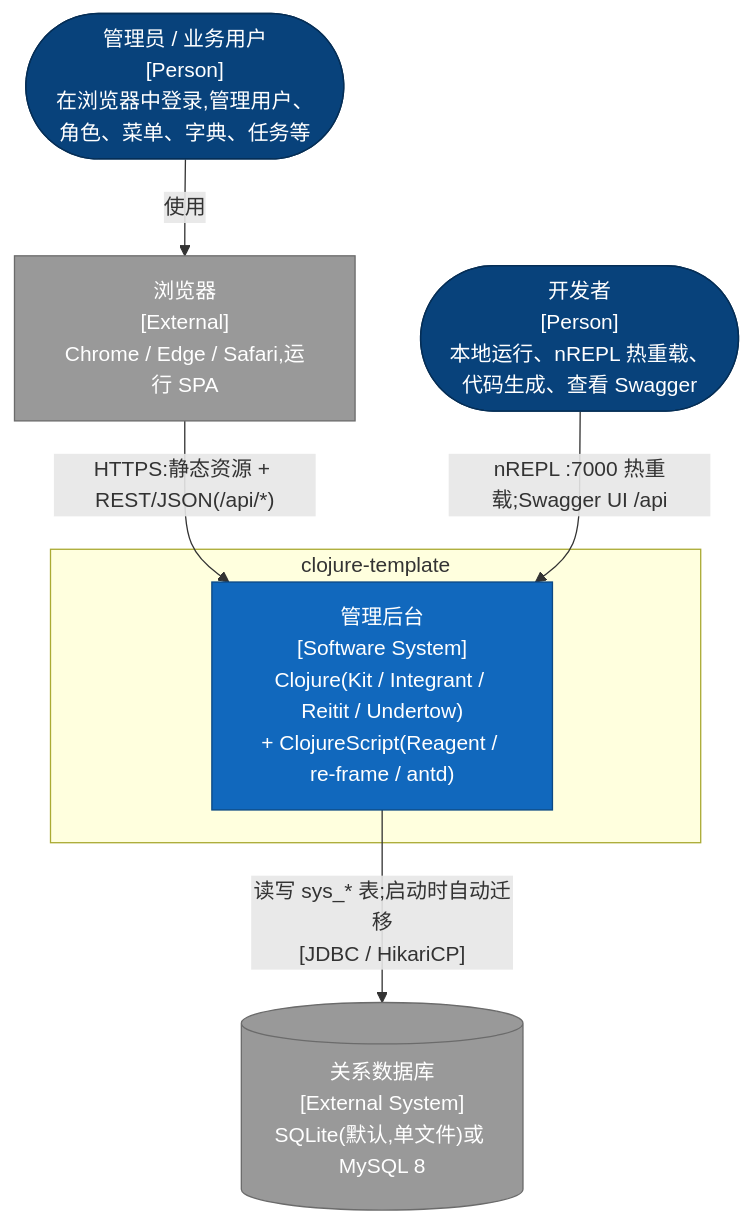
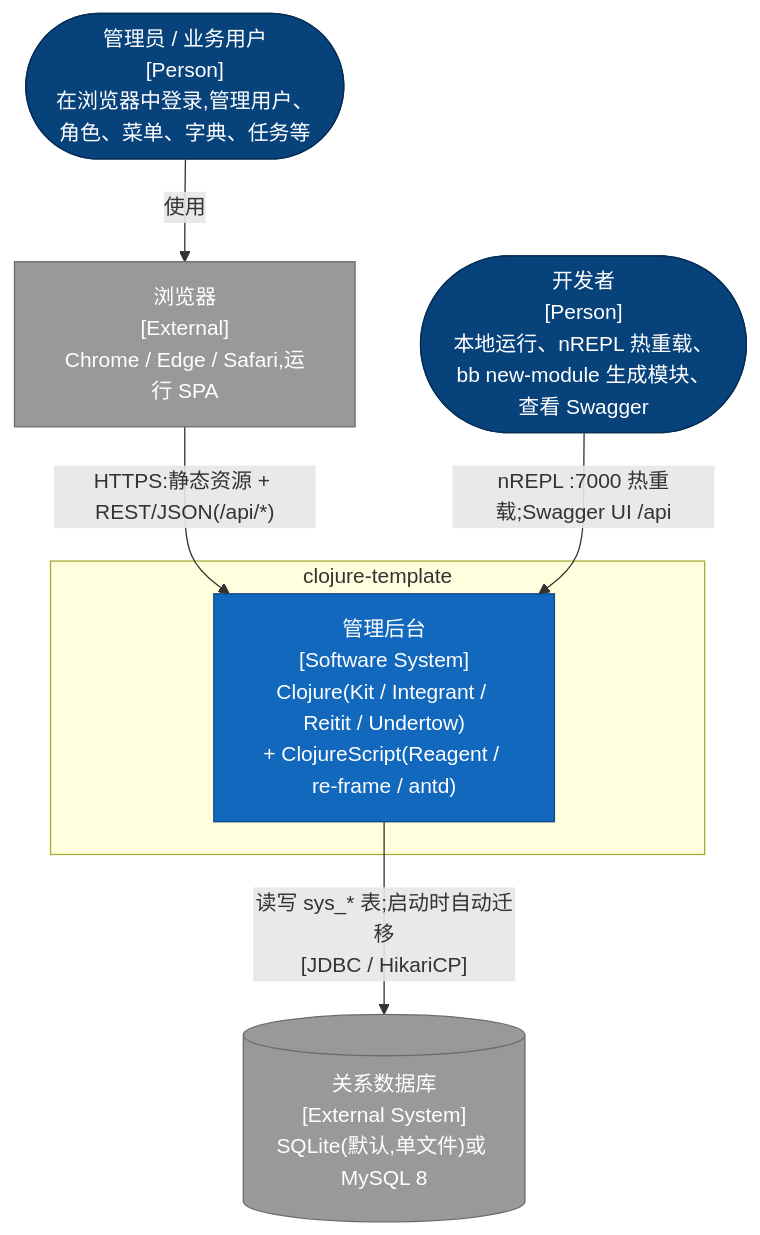
One commit to RedCreationTech/clj-cljs-template changed the first of 14 diagrams in docs/architecture/c4-model.org. Above: the diagram before and after it, drawn with Mermaid. The commit also changed other lines of this file and 50 other files, not shown here.

```diff
--- a/docs/architecture/c4-model.org
+++ b/docs/architecture/c4-model.org
@@ -67,17 +67,17 @@
 #+begin_src mermaid :file img/c4-context.svg :exports results
 flowchart TB
   admin(["管理员 / 业务用户<br/>[Person]<br/>在浏览器中登录,管理用户、角色、菜单、字典、任务等"]):::person
-  dev(["开发者<br/>[Person]<br/>本地运行、nREPL 热重载、代码生成、查看 Swagger"]):::person
+  dev(["开发者<br/>[Person]<br/>本地运行、nREPL 热重载、bb new-module 生成模块、查看 Swagger"]):::person
   browser["浏览器<br/>[External]<br/>Chrome / Edge / Safari,运行 SPA"]:::ext
   subgraph SYS["clojure-template"]
     app["管理后台<br/>[Software System]<br/>Clojure(Kit / Integrant / Reitit / Undertow)<br/>+ ClojureScript(Reagent / re-frame / antd)"]:::system
   end
   db[("关系数据库<br/>[External System]<br/>SQLite(默认,单文件)或 MySQL 8")]:::ext
   admin -- 使用 --> browser
   browser -- "HTTPS:静态资源 + REST/JSON(/api/*)" --> app
   dev -- "nREPL :7000 热重载;Swagger UI /api" --> app
   app -- "读写 sys_* 表;启动时自动迁移<br/>[JDBC / HikariCP]" --> db
   classDef person fill:#08427b,stroke:#052e56,color:#fff
   classDef system fill:#1168bd,stroke:#0b4884,color:#fff
   classDef ext fill:#999999,stroke:#6b6b6b,color:#fff
 #+end_src
```
